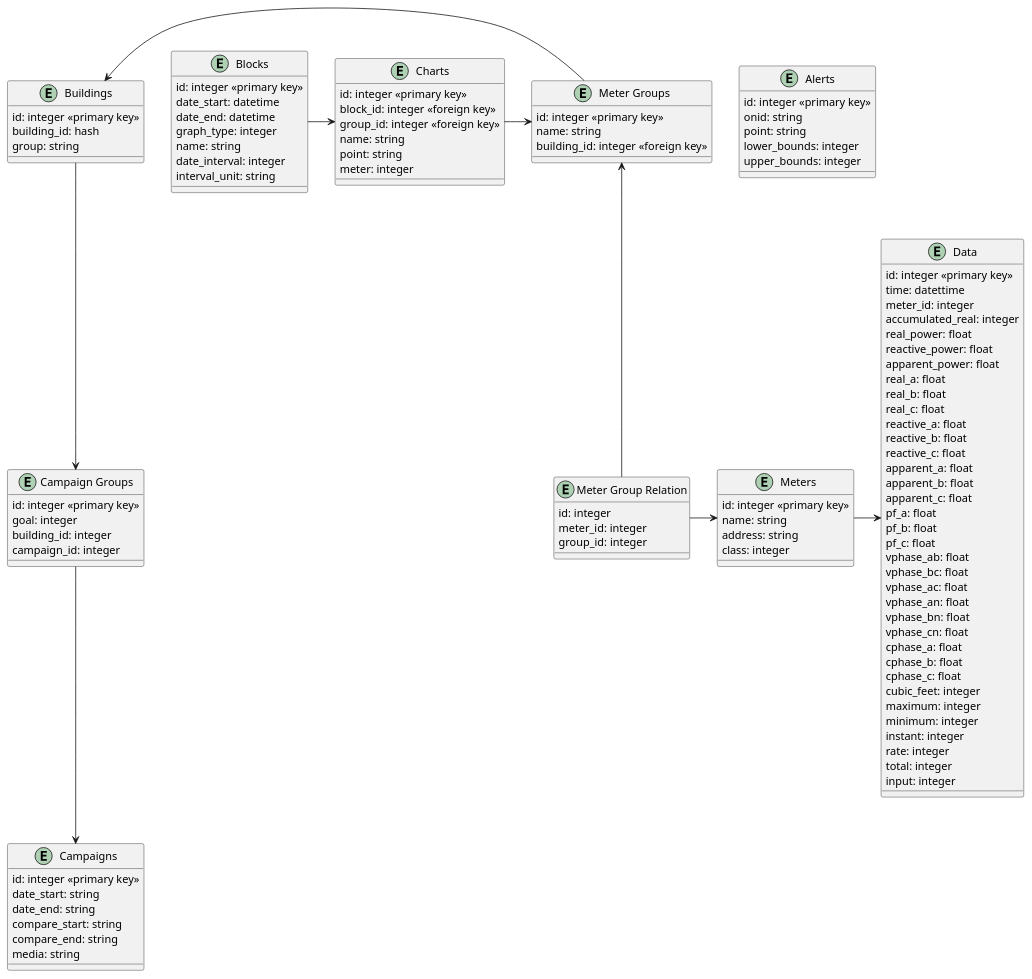
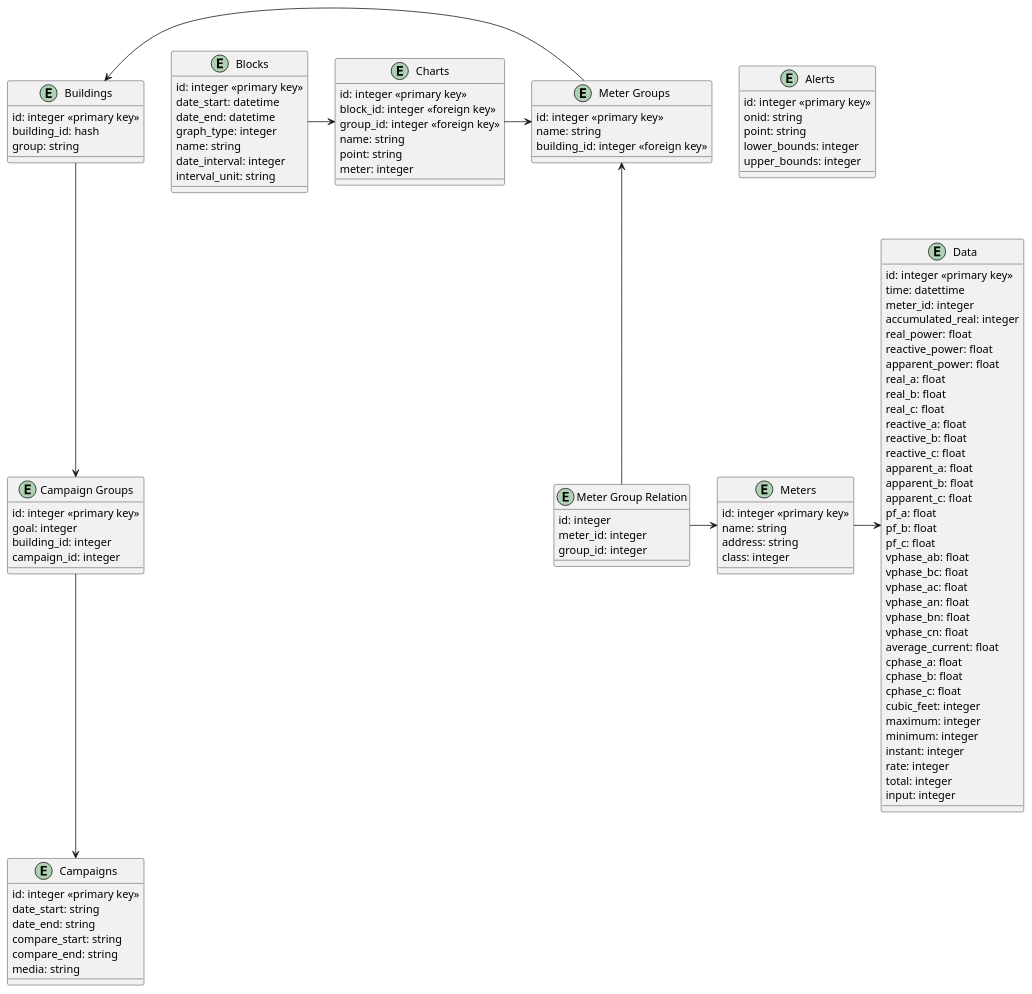
Before and after one commit to OSU-Sustainability-Office/energy-dashboard: the diagram in documents/backend/RDSEnergyData.puml, drawn with PlantUML. The commit also changed 5 other files, not shown here.

```diff
--- a/documents/backend/RDSEnergyData.puml
+++ b/documents/backend/RDSEnergyData.puml
@@ -1,123 +1,124 @@
 @startuml RDS
 
 entity "Alerts" as alerts {
   id: integer <<primary key>>
   onid: string
   point: string
   lower_bounds: integer
   upper_bounds: integer
 }
 
 entity "Charts" as charts {
   id: integer <<primary key>>
   block_id: integer <<foreign key>>
   group_id: integer <<foreign key>>
   name: string
   point: string
   meter: integer
 }
 
 entity "Blocks" as blocks {
   id: integer <<primary key>>
   date_start: datetime
   date_end: datetime
   graph_type: integer
   name: string
   date_interval: integer
   interval_unit: string
 } 
 
 entity "Buildings" as buildings {
   id: integer <<primary key>>
   building_id: hash
   group: string
 }
 
 entity "Campaign Groups" as campaign_groups {
   id: integer <<primary key>>
   goal: integer
   building_id: integer
   campaign_id: integer
 }
 
 entity "Campaigns" as campaigns {
   id: integer <<primary key>>
   date_start: string
   date_end: string
   compare_start: string
   compare_end: string
   media: string
 }
 
 entity "Data" as data {
   id: integer <<primary key>>
   time: datettime
   meter_id: integer
   accumulated_real: integer
   real_power: float
   reactive_power: float
   apparent_power: float
   real_a: float
   real_b: float
   real_c: float
   reactive_a: float
   reactive_b: float
   reactive_c: float
   apparent_a: float
   apparent_b: float
   apparent_c: float
   pf_a: float
   pf_b: float
   pf_c: float
   vphase_ab: float
   vphase_bc: float
   vphase_ac: float
   vphase_an: float
   vphase_bn: float
   vphase_cn: float
+  average_current: float
   cphase_a: float
   cphase_b: float
   cphase_c: float
   cubic_feet: integer
   maximum: integer
   minimum: integer
   instant: integer
   rate: integer
   total: integer
   input: integer
 }
 
 entity "Meter Group Relation" as meter_group_relation {
   id: integer
   meter_id: integer
   group_id: integer
 }
 
 entity "Meter Groups" as meter_groups {
   id: integer <<primary key>>
   name: string
   building_id: integer <<foreign key>>
 
 }
 
 entity "Meters" as meters {
   id: integer <<primary key>>
   name: string
   address: string
   class: integer
 }
 
 
 
 meter_group_relation -up-> meter_groups
 meter_group_relation -> meters
 meters -> data
 buildings <- meter_groups
 
 campaign_groups -down-> campaigns
 buildings -down-> campaign_groups
 
 blocks -> charts
 charts -> meter_groups
 
 @enduml
```
